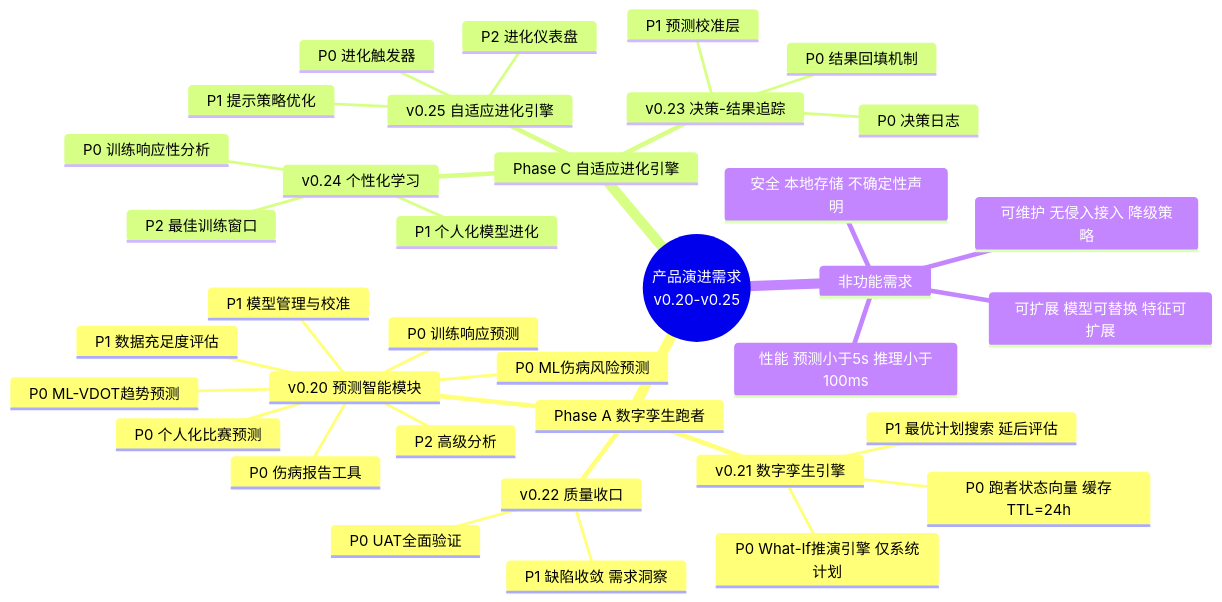
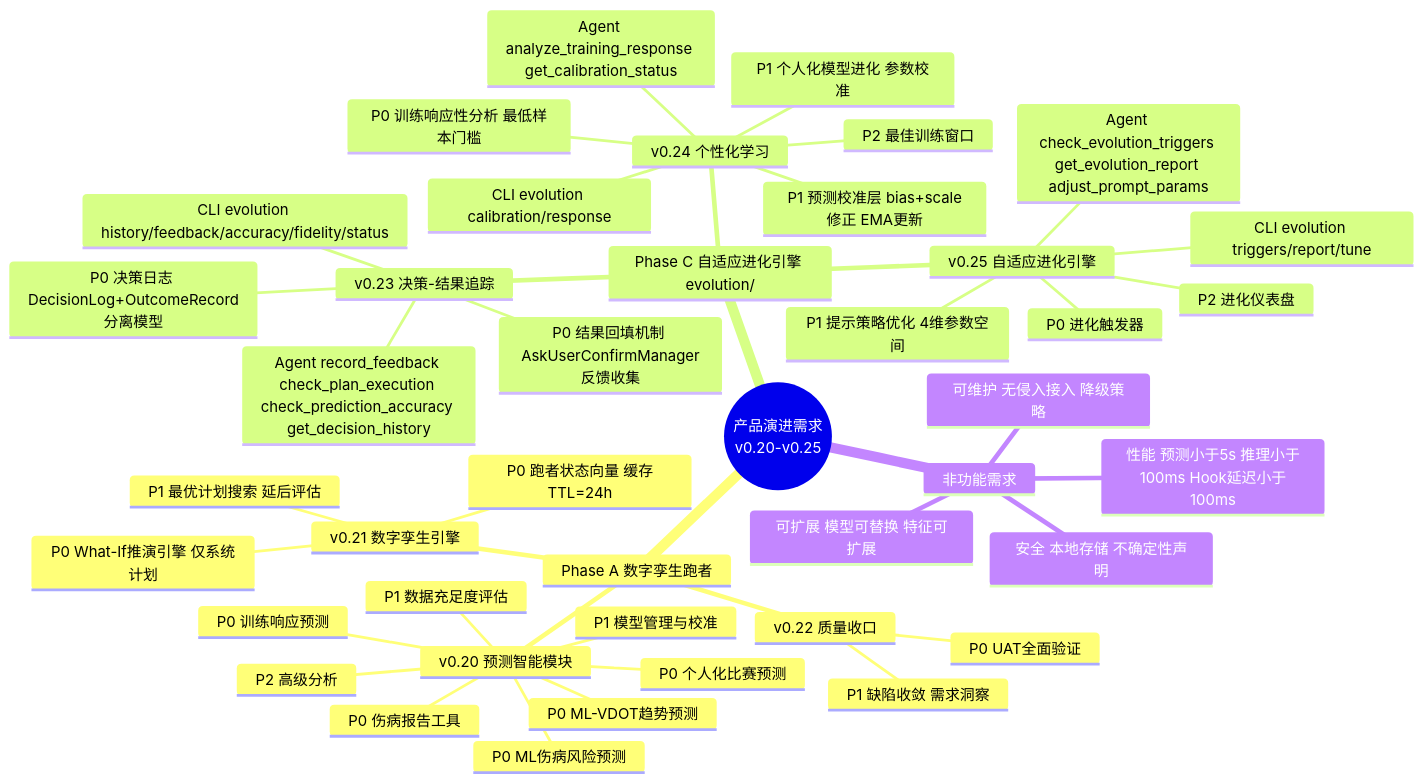
Before and after one commit to yecllsl/nanobot-runner: the second of 2 diagrams in docs/requirements/REQ_需求规格说明书.md, drawn with Mermaid. The commit also changed other lines of this file and 56 other files, not shown here.

````diff
--- a/docs/requirements/REQ_需求规格说明书.md
+++ b/docs/requirements/REQ_需求规格说明书.md
@@ -624,39 +757,45 @@
 ```mermaid
 mindmap
   root((产品演进需求<br/>v0.20-v0.25))
     Phase A 数字孪生跑者
       v0.20 预测智能模块
         P0 ML-VDOT趋势预测
         P0 个人化比赛预测
         P0 ML伤病风险预测
         P0 伤病报告工具
         P0 训练响应预测
         P1 模型管理与校准
         P1 数据充足度评估
         P2 高级分析
       v0.21 数字孪生引擎
         P0 跑者状态向量 缓存TTL=24h
         P0 What-If推演引擎 仅系统计划
         P1 最优计划搜索 延后评估
       v0.22 质量收口
         P0 UAT全面验证
         P1 缺陷收敛 需求洞察
-    Phase C 自适应进化引擎
+    Phase C 自适应进化引擎 evolution/
       v0.23 决策-结果追踪
-        P0 决策日志
-        P0 结果回填机制
-        P1 预测校准层
+        P0 决策日志 DecisionLog+OutcomeRecord分离模型
+        P0 结果回填机制 AskUserConfirmManager反馈收集
+        Agent record_feedback check_plan_execution check_prediction_accuracy get_decision_history
+        CLI evolution history/feedback/accuracy/fidelity/status
       v0.24 个性化学习
-        P0 训练响应性分析
-        P1 个人化模型进化
+        P0 训练响应性分析 最低样本门槛
+        P1 预测校准层 bias+scale修正 EMA更新
+        P1 个人化模型进化 参数校准
         P2 最佳训练窗口
+        Agent analyze_training_response get_calibration_status
+        CLI evolution calibration/response
       v0.25 自适应进化引擎
         P0 进化触发器
-        P1 提示策略优化
+        P1 提示策略优化 4维参数空间
         P2 进化仪表盘
+        Agent check_evolution_triggers get_evolution_report adjust_prompt_params
+        CLI evolution triggers/report/tune
     非功能需求
-      性能 预测小于5s 推理小于100ms
+      性能 预测小于5s 推理小于100ms Hook延迟小于100ms
       安全 本地存储 不确定性声明
       可维护 无侵入接入 降级策略
       可扩展 模型可替换 特征可扩展
 ```
````
